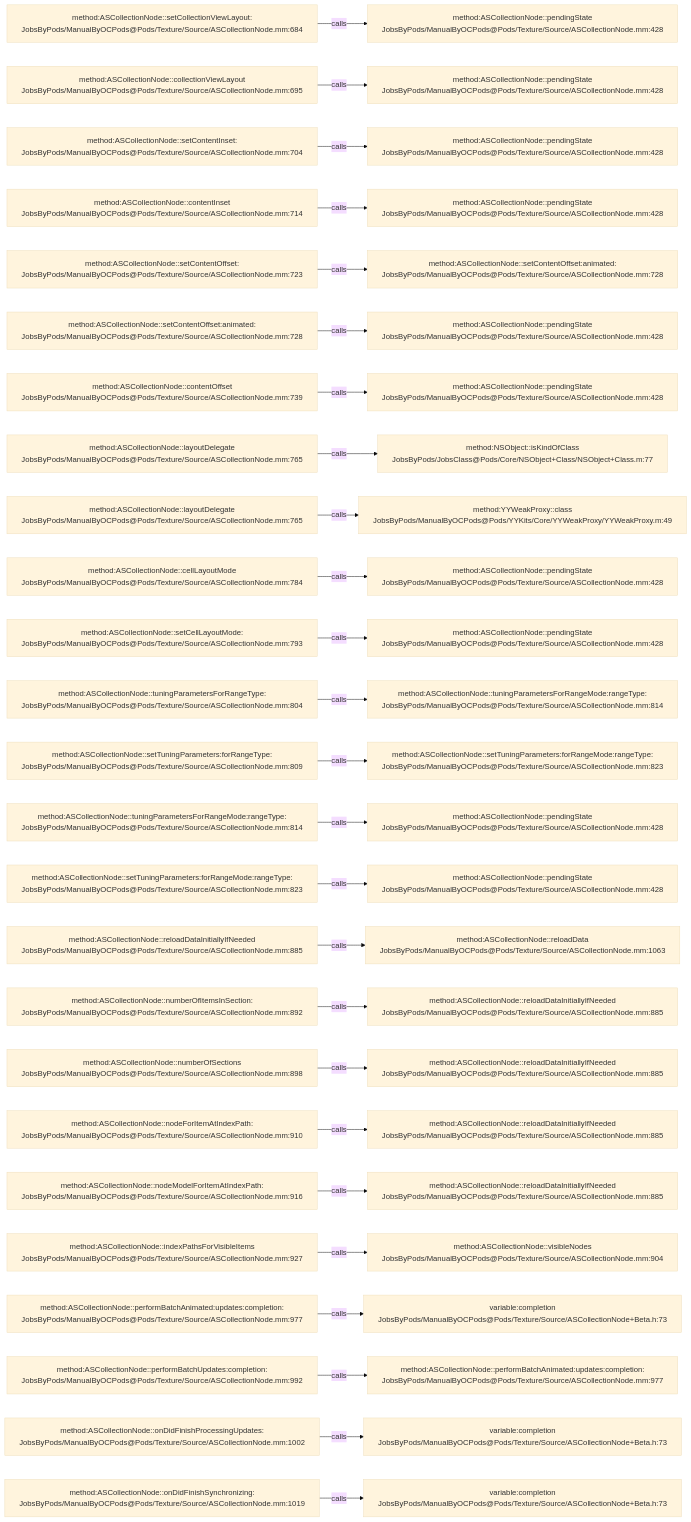
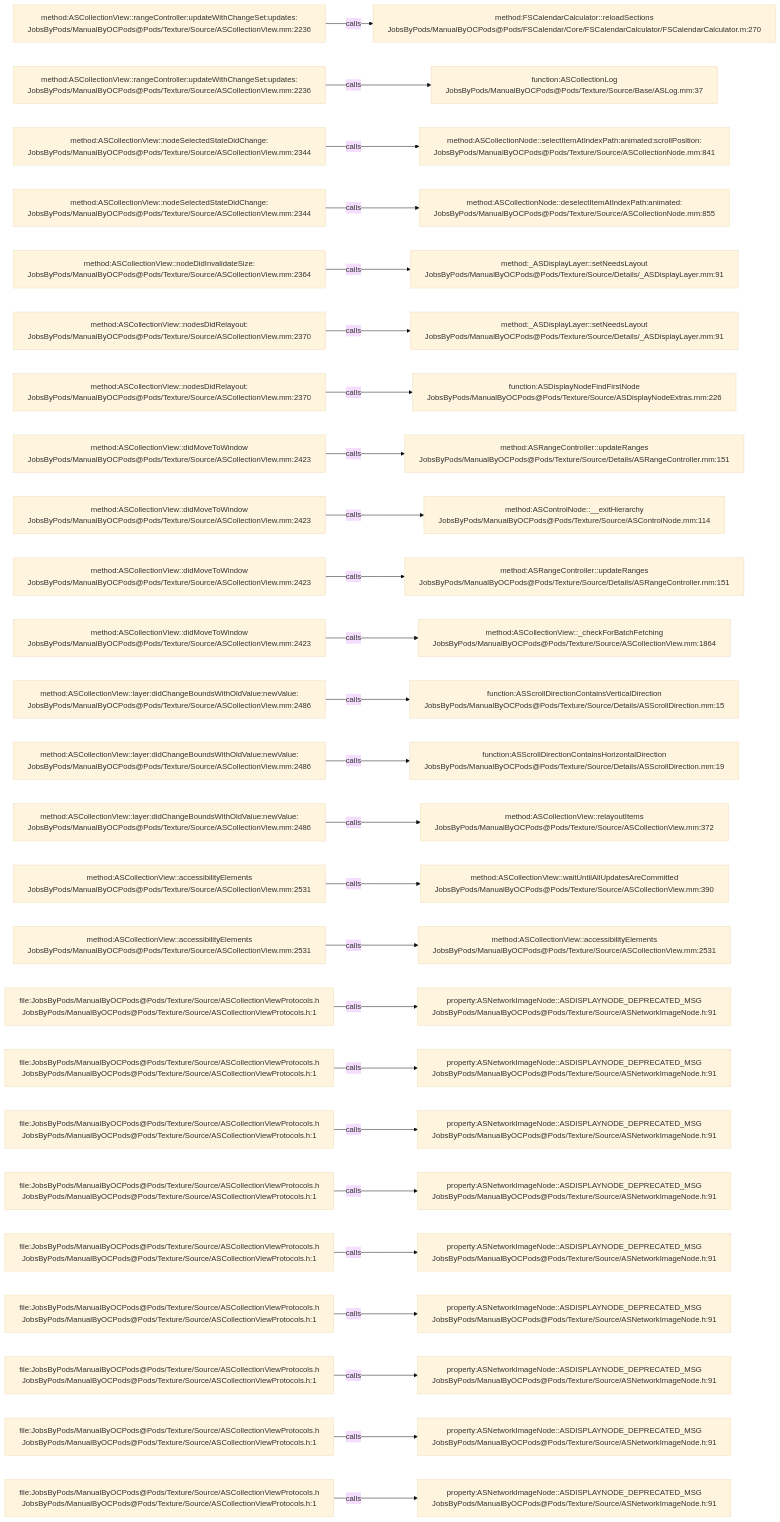
Before and after one commit to JobsKits/JobsOCBaseConfigDemo: the diagram in .codegraph/codegraph.md/graphs/calls-070.md, drawn with Mermaid (base theme). The commit also changed 2723 other files, not shown here.

````diff
--- a/.codegraph/codegraph.md/graphs/calls-070.md
+++ b/.codegraph/codegraph.md/graphs/calls-070.md
@@ -13,78 +13,78 @@
 ```mermaid
 flowchart LR
-  S1["method:ASCollectionNode::setCollectionViewLayout:<br/>JobsByPods/ManualByOCPods@Pods/Texture/Source/ASCollectionNode.mm:684"]
-  T1["method:ASCollectionNode::pendingState<br/>JobsByPods/ManualByOCPods@Pods/Texture/Source/ASCollectionNode.mm:428"]
+  S1["method:ASCollectionView::rangeController:updateWithChangeSet:updates:<br/>JobsByPods/ManualByOCPods@Pods/Texture/Source/ASCollectionView.mm:2236"]
+  T1["method:FSCalendarCalculator::reloadSections<br/>JobsByPods/ManualByOCPods@Pods/FSCalendar/Core/FSCalendarCalculator/FSCalendarCalculator.m:270"]
   S1 -->|calls| T1
-  S2["method:ASCollectionNode::collectionViewLayout<br/>JobsByPods/ManualByOCPods@Pods/Texture/Source/ASCollectionNode.mm:695"]
-  T2["method:ASCollectionNode::pendingState<br/>JobsByPods/ManualByOCPods@Pods/Texture/Source/ASCollectionNode.mm:428"]
+  S2["method:ASCollectionView::rangeController:updateWithChangeSet:updates:<br/>JobsByPods/ManualByOCPods@Pods/Texture/Source/ASCollectionView.mm:2236"]
+  T2["function:ASCollectionLog<br/>JobsByPods/ManualByOCPods@Pods/Texture/Source/Base/ASLog.mm:37"]
   S2 -->|calls| T2
-  S3["method:ASCollectionNode::setContentInset:<br/>JobsByPods/ManualByOCPods@Pods/Texture/Source/ASCollectionNode.mm:704"]
-  T3["method:ASCollectionNode::pendingState<br/>JobsByPods/ManualByOCPods@Pods/Texture/Source/ASCollectionNode.mm:428"]
+  S3["method:ASCollectionView::nodeSelectedStateDidChange:<br/>JobsByPods/ManualByOCPods@Pods/Texture/Source/ASCollectionView.mm:2344"]
+  T3["method:ASCollectionNode::selectItemAtIndexPath:animated:scrollPosition:<br/>JobsByPods/ManualByOCPods@Pods/Texture/Source/ASCollectionNode.mm:841"]
   S3 -->|calls| T3
-  S4["method:ASCollectionNode::contentInset<br/>JobsByPods/ManualByOCPods@Pods/Texture/Source/ASCollectionNode.mm:714"]
-  T4["method:ASCollectionNode::pendingState<br/>JobsByPods/ManualByOCPods@Pods/Texture/Source/ASCollectionNode.mm:428"]
+  S4["method:ASCollectionView::nodeSelectedStateDidChange:<br/>JobsByPods/ManualByOCPods@Pods/Texture/Source/ASCollectionView.mm:2344"]
+  T4["method:ASCollectionNode::deselectItemAtIndexPath:animated:<br/>JobsByPods/ManualByOCPods@Pods/Texture/Source/ASCollectionNode.mm:855"]
   S4 -->|calls| T4
-  S5["method:ASCollectionNode::setContentOffset:<br/>JobsByPods/ManualByOCPods@Pods/Texture/Source/ASCollectionNode.mm:723"]
-  T5["method:ASCollectionNode::setContentOffset:animated:<br/>JobsByPods/ManualByOCPods@Pods/Texture/Source/ASCollectionNode.mm:728"]
+  S5["method:ASCollectionView::nodeDidInvalidateSize:<br/>JobsByPods/ManualByOCPods@Pods/Texture/Source/ASCollectionView.mm:2364"]
+  T5["method:_ASDisplayLayer::setNeedsLayout<br/>JobsByPods/ManualByOCPods@Pods/Texture/Source/Details/_ASDisplayLayer.mm:91"]
   S5 -->|calls| T5
-  S6["method:ASCollectionNode::setContentOffset:animated:<br/>JobsByPods/ManualByOCPods@Pods/Texture/Source/ASCollectionNode.mm:728"]
-  T6["method:ASCollectionNode::pendingState<br/>JobsByPods/ManualByOCPods@Pods/Texture/Source/ASCollectionNode.mm:428"]
+  S6["method:ASCollectionView::nodesDidRelayout:<br/>JobsByPods/ManualByOCPods@Pods/Texture/Source/ASCollectionView.mm:2370"]
+  T6["method:_ASDisplayLayer::setNeedsLayout<br/>JobsByPods/ManualByOCPods@Pods/Texture/Source/Details/_ASDisplayLayer.mm:91"]
   S6 -->|calls| T6
-  S7["method:ASCollectionNode::contentOffset<br/>JobsByPods/ManualByOCPods@Pods/Texture/Source/ASCollectionNode.mm:739"]
-  T7["method:ASCollectionNode::pendingState<br/>JobsByPods/ManualByOCPods@Pods/Texture/Source/ASCollectionNode.mm:428"]
+  S7["method:ASCollectionView::nodesDidRelayout:<br/>JobsByPods/ManualByOCPods@Pods/Texture/Source/ASCollectionView.mm:2370"]
+  T7["function:ASDisplayNodeFindFirstNode<br/>JobsByPods/ManualByOCPods@Pods/Texture/Source/ASDisplayNodeExtras.mm:226"]
   S7 -->|calls| T7
-  S8["method:ASCollectionNode::layoutDelegate<br/>JobsByPods/ManualByOCPods@Pods/Texture/Source/ASCollectionNode.mm:765"]
-  T8["method:NSObject::isKindOfClass<br/>JobsByPods/JobsClass@Pods/Core/NSObject+Class/NSObject+Class.m:77"]
+  S8["method:ASCollectionView::didMoveToWindow<br/>JobsByPods/ManualByOCPods@Pods/Texture/Source/ASCollectionView.mm:2423"]
+  T8["method:ASRangeController::updateRanges<br/>JobsByPods/ManualByOCPods@Pods/Texture/Source/Details/ASRangeController.mm:151"]
   S8 -->|calls| T8
-  S9["method:ASCollectionNode::layoutDelegate<br/>JobsByPods/ManualByOCPods@Pods/Texture/Source/ASCollectionNode.mm:765"]
-  T9["method:YYWeakProxy::class<br/>JobsByPods/ManualByOCPods@Pods/YYKits/Core/YYWeakProxy/YYWeakProxy.m:49"]
+  S9["method:ASCollectionView::didMoveToWindow<br/>JobsByPods/ManualByOCPods@Pods/Texture/Source/ASCollectionView.mm:2423"]
+  T9["method:ASControlNode::__exitHierarchy<br/>JobsByPods/ManualByOCPods@Pods/Texture/Source/ASControlNode.mm:114"]
   S9 -->|calls| T9
-  S10["method:ASCollectionNode::cellLayoutMode<br/>JobsByPods/ManualByOCPods@Pods/Texture/Source/ASCollectionNode.mm:784"]
-  T10["method:ASCollectionNode::pendingState<br/>JobsByPods/ManualByOCPods@Pods/Texture/Source/ASCollectionNode.mm:428"]
+  S10["method:ASCollectionView::didMoveToWindow<br/>JobsByPods/ManualByOCPods@Pods/Texture/Source/ASCollectionView.mm:2423"]
+  T10["method:ASRangeController::updateRanges<br/>JobsByPods/ManualByOCPods@Pods/Texture/Source/Details/ASRangeController.mm:151"]
   S10 -->|calls| T10
-  S11["method:ASCollectionNode::setCellLayoutMode:<br/>JobsByPods/ManualByOCPods@Pods/Texture/Source/ASCollectionNode.mm:793"]
-  T11["method:ASCollectionNode::pendingState<br/>JobsByPods/ManualByOCPods@Pods/Texture/Source/ASCollectionNode.mm:428"]
+  S11["method:ASCollectionView::didMoveToWindow<br/>JobsByPods/ManualByOCPods@Pods/Texture/Source/ASCollectionView.mm:2423"]
+  T11["method:ASCollectionView::_checkForBatchFetching<br/>JobsByPods/ManualByOCPods@Pods/Texture/Source/ASCollectionView.mm:1864"]
   S11 -->|calls| T11
-  S12["method:ASCollectionNode::tuningParametersForRangeType:<br/>JobsByPods/ManualByOCPods@Pods/Texture/Source/ASCollectionNode.mm:804"]
-  T12["method:ASCollectionNode::tuningParametersForRangeMode:rangeType:<br/>JobsByPods/ManualByOCPods@Pods/Texture/Source/ASCollectionNode.mm:814"]
+  S12["method:ASCollectionView::layer:didChangeBoundsWithOldValue:newValue:<br/>JobsByPods/ManualByOCPods@Pods/Texture/Source/ASCollectionView.mm:2486"]
+  T12["function:ASScrollDirectionContainsVerticalDirection<br/>JobsByPods/ManualByOCPods@Pods/Texture/Source/Details/ASScrollDirection.mm:15"]
   S12 -->|calls| T12
-  S13["method:ASCollectionNode::setTuningParameters:forRangeType:<br/>JobsByPods/ManualByOCPods@Pods/Texture/Source/ASCollectionNode.mm:809"]
-  T13["method:ASCollectionNode::setTuningParameters:forRangeMode:rangeType:<br/>JobsByPods/ManualByOCPods@Pods/Texture/Source/ASCollectionNode.mm:823"]
+  S13["method:ASCollectionView::layer:didChangeBoundsWithOldValue:newValue:<br/>JobsByPods/ManualByOCPods@Pods/Texture/Source/ASCollectionView.mm:2486"]
+  T13["function:ASScrollDirectionContainsHorizontalDirection<br/>JobsByPods/ManualByOCPods@Pods/Texture/Source/Details/ASScrollDirection.mm:19"]
   S13 -->|calls| T13
-  S14["method:ASCollectionNode::tuningParametersForRangeMode:rangeType:<br/>JobsByPods/ManualByOCPods@Pods/Texture/Source/ASCollectionNode.mm:814"]
-  T14["method:ASCollectionNode::pendingState<br/>JobsByPods/ManualByOCPods@Pods/Texture/Source/ASCollectionNode.mm:428"]
+  S14["method:ASCollectionView::layer:didChangeBoundsWithOldValue:newValue:<br/>JobsByPods/ManualByOCPods@Pods/Texture/Source/ASCollectionView.mm:2486"]
+  T14["method:ASCollectionView::relayoutItems<br/>JobsByPods/ManualByOCPods@Pods/Texture/Source/ASCollectionView.mm:372"]
   S14 -->|calls| T14
-  S15["method:ASCollectionNode::setTuningParameters:forRangeMode:rangeType:<br/>JobsByPods/ManualByOCPods@Pods/Texture/Source/ASCollectionNode.mm:823"]
-  T15["method:ASCollectionNode::pendingState<br/>JobsByPods/ManualByOCPods@Pods/Texture/Source/ASCollectionNode.mm:428"]
+  S15["method:ASCollectionView::accessibilityElements<br/>JobsByPods/ManualByOCPods@Pods/Texture/Source/ASCollectionView.mm:2531"]
+  T15["method:ASCollectionView::waitUntilAllUpdatesAreCommitted<br/>JobsByPods/ManualByOCPods@Pods/Texture/Source/ASCollectionView.mm:390"]
   S15 -->|calls| T15
-  S16["method:ASCollectionNode::reloadDataInitiallyIfNeeded<br/>JobsByPods/ManualByOCPods@Pods/Texture/Source/ASCollectionNode.mm:885"]
-  T16["method:ASCollectionNode::reloadData<br/>JobsByPods/ManualByOCPods@Pods/Texture/Source/ASCollectionNode.mm:1063"]
+  S16["method:ASCollectionView::accessibilityElements<br/>JobsByPods/ManualByOCPods@Pods/Texture/Source/ASCollectionView.mm:2531"]
+  T16["method:ASCollectionView::accessibilityElements<br/>JobsByPods/ManualByOCPods@Pods/Texture/Source/ASCollectionView.mm:2531"]
   S16 -->|calls| T16
-  S17["method:ASCollectionNode::numberOfItemsInSection:<br/>JobsByPods/ManualByOCPods@Pods/Texture/Source/ASCollectionNode.mm:892"]
-  T17["method:ASCollectionNode::reloadDataInitiallyIfNeeded<br/>JobsByPods/ManualByOCPods@Pods/Texture/Source/ASCollectionNode.mm:885"]
+  S17["file:JobsByPods/ManualByOCPods@Pods/Texture/Source/ASCollectionViewProtocols.h<br/>JobsByPods/ManualByOCPods@Pods/Texture/Source/ASCollectionViewProtocols.h:1"]
+  T17["property:ASNetworkImageNode::ASDISPLAYNODE_DEPRECATED_MSG<br/>JobsByPods/ManualByOCPods@Pods/Texture/Source/ASNetworkImageNode.h:91"]
   S17 -->|calls| T17
-  S18["method:ASCollectionNode::numberOfSections<br/>JobsByPods/ManualByOCPods@Pods/Texture/Source/ASCollectionNode.mm:898"]
-  T18["method:ASCollectionNode::reloadDataInitiallyIfNeeded<br/>JobsByPods/ManualByOCPods@Pods/Texture/Source/ASCollectionNode.mm:885"]
+  S18["file:JobsByPods/ManualByOCPods@Pods/Texture/Source/ASCollectionViewProtocols.h<br/>JobsByPods/ManualByOCPods@Pods/Texture/Source/ASCollectionViewProtocols.h:1"]
+  T18["property:ASNetworkImageNode::ASDISPLAYNODE_DEPRECATED_MSG<br/>JobsByPods/ManualByOCPods@Pods/Texture/Source/ASNetworkImageNode.h:91"]
   S18 -->|calls| T18
-  S19["method:ASCollectionNode::nodeForItemAtIndexPath:<br/>JobsByPods/ManualByOCPods@Pods/Texture/Source/ASCollectionNode.mm:910"]
-  T19["method:ASCollectionNode::reloadDataInitiallyIfNeeded<br/>JobsByPods/ManualByOCPods@Pods/Texture/Source/ASCollectionNode.mm:885"]
+  S19["file:JobsByPods/ManualByOCPods@Pods/Texture/Source/ASCollectionViewProtocols.h<br/>JobsByPods/ManualByOCPods@Pods/Texture/Source/ASCollectionViewProtocols.h:1"]
+  T19["property:ASNetworkImageNode::ASDISPLAYNODE_DEPRECATED_MSG<br/>JobsByPods/ManualByOCPods@Pods/Texture/Source/ASNetworkImageNode.h:91"]
   S19 -->|calls| T19
-  S20["method:ASCollectionNode::nodeModelForItemAtIndexPath:<br/>JobsByPods/ManualByOCPods@Pods/Texture/Source/ASCollectionNode.mm:916"]
-  T20["method:ASCollectionNode::reloadDataInitiallyIfNeeded<br/>JobsByPods/ManualByOCPods@Pods/Texture/Source/ASCollectionNode.mm:885"]
+  S20["file:JobsByPods/ManualByOCPods@Pods/Texture/Source/ASCollectionViewProtocols.h<br/>JobsByPods/ManualByOCPods@Pods/Texture/Source/ASCollectionViewProtocols.h:1"]
+  T20["property:ASNetworkImageNode::ASDISPLAYNODE_DEPRECATED_MSG<br/>JobsByPods/ManualByOCPods@Pods/Texture/Source/ASNetworkImageNode.h:91"]
   S20 -->|calls| T20
-  S21["method:ASCollectionNode::indexPathsForVisibleItems<br/>JobsByPods/ManualByOCPods@Pods/Texture/Source/ASCollectionNode.mm:927"]
-  T21["method:ASCollectionNode::visibleNodes<br/>JobsByPods/ManualByOCPods@Pods/Texture/Source/ASCollectionNode.mm:904"]
+  S21["file:JobsByPods/ManualByOCPods@Pods/Texture/Source/ASCollectionViewProtocols.h<br/>JobsByPods/ManualByOCPods@Pods/Texture/Source/ASCollectionViewProtocols.h:1"]
+  T21["property:ASNetworkImageNode::ASDISPLAYNODE_DEPRECATED_MSG<br/>JobsByPods/ManualByOCPods@Pods/Texture/Source/ASNetworkImageNode.h:91"]
   S21 -->|calls| T21
-  S22["method:ASCollectionNode::performBatchAnimated:updates:completion:<br/>JobsByPods/ManualByOCPods@Pods/Texture/Source/ASCollectionNode.mm:977"]
-  T22["variable:completion<br/>JobsByPods/ManualByOCPods@Pods/Texture/Source/ASCollectionNode+Beta.h:73"]
+  S22["file:JobsByPods/ManualByOCPods@Pods/Texture/Source/ASCollectionViewProtocols.h<br/>JobsByPods/ManualByOCPods@Pods/Texture/Source/ASCollectionViewProtocols.h:1"]
+  T22["property:ASNetworkImageNode::ASDISPLAYNODE_DEPRECATED_MSG<br/>JobsByPods/ManualByOCPods@Pods/Texture/Source/ASNetworkImageNode.h:91"]
   S22 -->|calls| T22
-  S23["method:ASCollectionNode::performBatchUpdates:completion:<br/>JobsByPods/ManualByOCPods@Pods/Texture/Source/ASCollectionNode.mm:992"]
-  T23["method:ASCollectionNode::performBatchAnimated:updates:completion:<br/>JobsByPods/ManualByOCPods@Pods/Texture/Source/ASCollectionNode.mm:977"]
+  S23["file:JobsByPods/ManualByOCPods@Pods/Texture/Source/ASCollectionViewProtocols.h<br/>JobsByPods/ManualByOCPods@Pods/Texture/Source/ASCollectionViewProtocols.h:1"]
+  T23["property:ASNetworkImageNode::ASDISPLAYNODE_DEPRECATED_MSG<br/>JobsByPods/ManualByOCPods@Pods/Texture/Source/ASNetworkImageNode.h:91"]
   S23 -->|calls| T23
-  S24["method:ASCollectionNode::onDidFinishProcessingUpdates:<br/>JobsByPods/ManualByOCPods@Pods/Texture/Source/ASCollectionNode.mm:1002"]
-  T24["variable:completion<br/>JobsByPods/ManualByOCPods@Pods/Texture/Source/ASCollectionNode+Beta.h:73"]
+  S24["file:JobsByPods/ManualByOCPods@Pods/Texture/Source/ASCollectionViewProtocols.h<br/>JobsByPods/ManualByOCPods@Pods/Texture/Source/ASCollectionViewProtocols.h:1"]
+  T24["property:ASNetworkImageNode::ASDISPLAYNODE_DEPRECATED_MSG<br/>JobsByPods/ManualByOCPods@Pods/Texture/Source/ASNetworkImageNode.h:91"]
   S24 -->|calls| T24
-  S25["method:ASCollectionNode::onDidFinishSynchronizing:<br/>JobsByPods/ManualByOCPods@Pods/Texture/Source/ASCollectionNode.mm:1019"]
-  T25["variable:completion<br/>JobsByPods/ManualByOCPods@Pods/Texture/Source/ASCollectionNode+Beta.h:73"]
+  S25["file:JobsByPods/ManualByOCPods@Pods/Texture/Source/ASCollectionViewProtocols.h<br/>JobsByPods/ManualByOCPods@Pods/Texture/Source/ASCollectionViewProtocols.h:1"]
+  T25["property:ASNetworkImageNode::ASDISPLAYNODE_DEPRECATED_MSG<br/>JobsByPods/ManualByOCPods@Pods/Texture/Source/ASNetworkImageNode.h:91"]
   S25 -->|calls| T25
 ```
````
